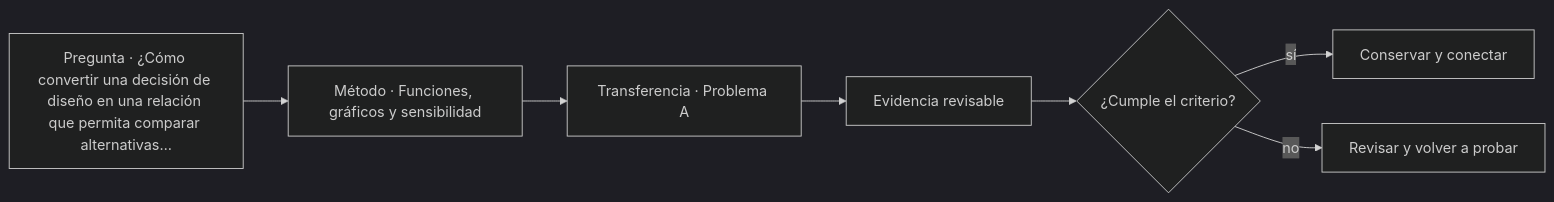
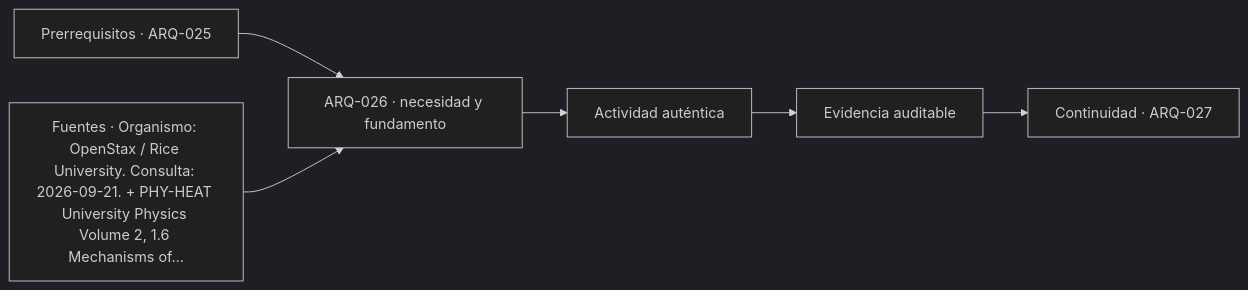
Before and after one commit to vladimiracunadev-create/architecture-built-environment-learning-program: the diagram in classes/parte-03/ARQ-026.md, drawn with Mermaid (dark theme). The commit also changed other lines of this file and 761 other files, not shown here.

````diff
--- a/classes/parte-03/ARQ-026.md
+++ b/classes/parte-03/ARQ-026.md
@@ -155,9 +167,8 @@
 ```mermaid
 flowchart LR
-    Q["Pregunta · ¿Cómo convertir una decisión de diseño en una relación que permita comparar alternativas…"] --> M["Método · Funciones, gráficos y sensibilidad"]
-    M --> P["Transferencia · Problema A"]
-    P --> E["Evidencia revisable"]
-    E --> C{"¿Cumple el criterio?"}
-    C -->|sí| T["Conservar y conectar"]
-    C -->|no| R["Revisar y volver a probar"]
+    A["Prerrequisitos · ARQ-025"] --> B["ARQ-026 · necesidad y fundamento"]
+    S["Fuentes · Organismo: OpenStax / Rice University. Consulta: 2026-09-21. + PHY-HEAT University Physics Volume 2, 1.6 Mechanisms of…"] --> B
+    B --> C["Actividad auténtica"]
+    C --> D["Evidencia auditable"]
+    D --> E["Continuidad · ARQ-027"]
 ```
````
